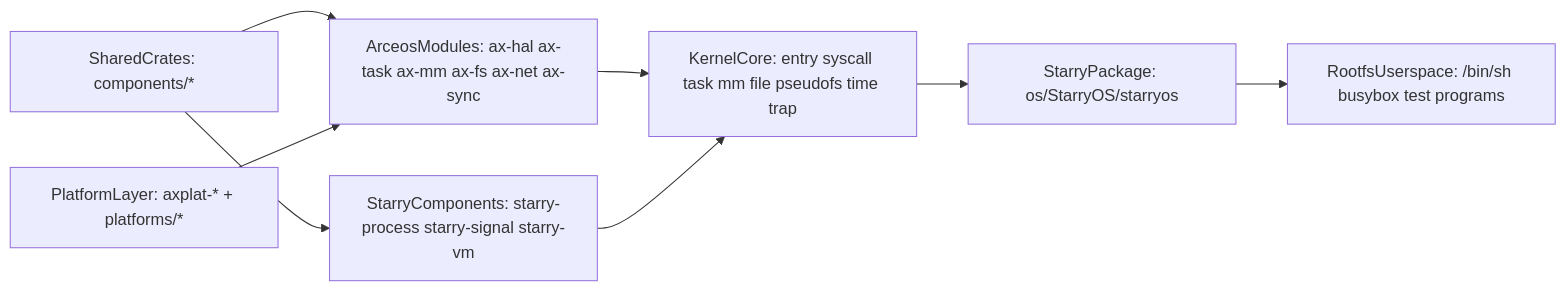
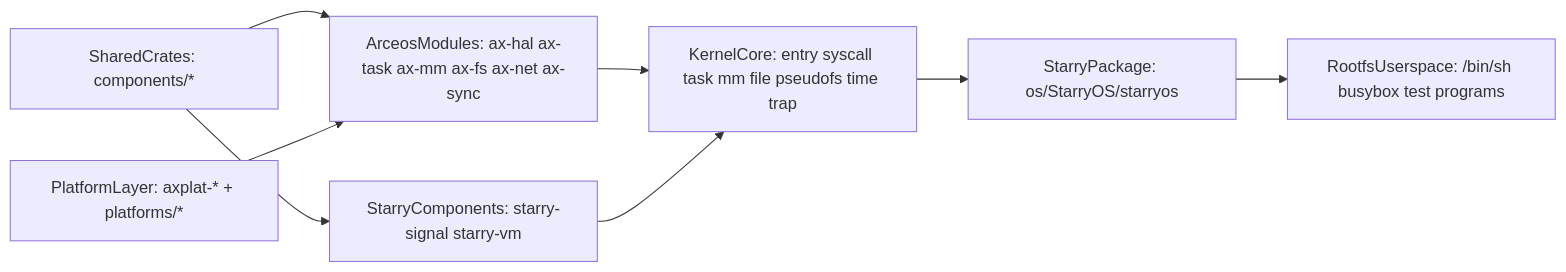
Before and after one commit to 451846939/tgoskits: the first of 4 diagrams in docs/docs/architecture/starryos/overview.md, drawn with Mermaid. The commit also changed other lines of this file and 150 other files, not shown here.

````diff
--- a/docs/docs/architecture/starryos/overview.md
+++ b/docs/docs/architecture/starryos/overview.md
@@ -29,18 +29,18 @@
 ```mermaid
 flowchart LR
     rootfsUsers["RootfsUserspace: /bin/sh busybox test programs"]
     starryPackage["StarryPackage: os/StarryOS/starryos"]
     kernelCore["KernelCore: entry syscall task mm file pseudofs time trap"]
-    starryComponents["StarryComponents: starry-process starry-signal starry-vm"]
+    starryComponents["StarryComponents: starry-signal starry-vm"]
     arceosModules["ArceosModules: ax-hal ax-task ax-mm ax-fs ax-net ax-sync"]
     sharedCrates["SharedCrates: components/*"]
     platformLayer["PlatformLayer: axplat-* + platforms/*"]
 
     sharedCrates --> arceosModules
     sharedCrates --> starryComponents
     platformLayer --> arceosModules
     arceosModules --> kernelCore
     starryComponents --> kernelCore
     kernelCore --> starryPackage
     starryPackage --> rootfsUsers
 ```
````
